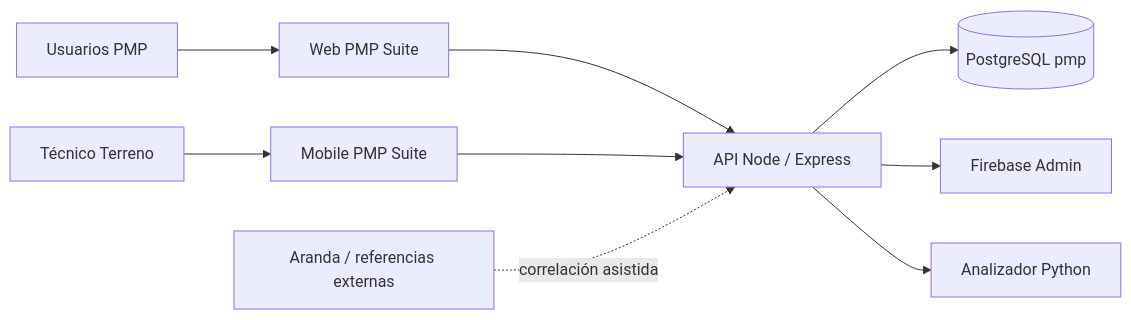
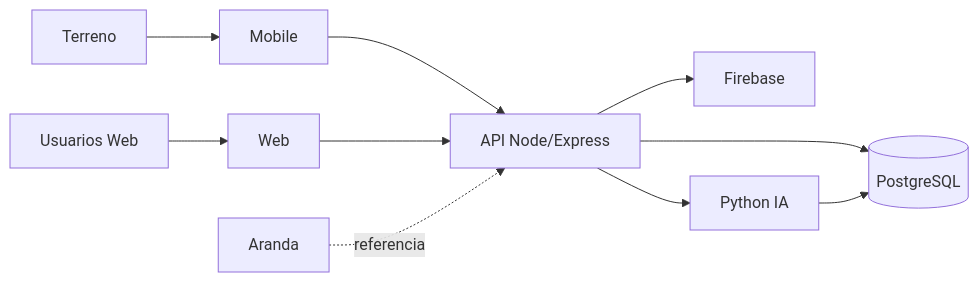
The diagram in 02_Arquitectura/Arquitectura_01_Contexto_V2.0.md (RafaOteiza/pmp-suite-capstone), drawn with Mermaid before and after one commit. The commit also changed other lines of this file and 31 other files, not shown here.

Commit message:
Amplía documentación técnica y académica PMP Suite V2.0

````diff
--- a/02_Arquitectura/Arquitectura_01_Contexto_V2.0.md
+++ b/02_Arquitectura/Arquitectura_01_Contexto_V2.0.md
@@ -26,11 +29,12 @@
 ```mermaid
 flowchart LR
-  U[Usuarios PMP] --> W[Web PMP Suite]
-  T[Técnico Terreno] --> M[Mobile PMP Suite]
-  W --> API[API Node / Express]
-  M --> API
-  API --> DB[(PostgreSQL pmp)]
-  API --> FB[Firebase Admin]
-  API --> PY[Analizador Python]
-  EXT[Aranda / referencias externas] -. correlación asistida .-> API
+ TERR[Terreno] --> MOB[Mobile]
+ OPS[Usuarios Web] --> WEB[Web]
+ MOB --> API[API Node/Express]
+ WEB --> API
+ API --> DB[(PostgreSQL)]
+ API --> FB[Firebase]
+ API --> IA[Python IA]
+ IA --> DB
+ EXT[Aranda] -. referencia .-> API
 ```
````
